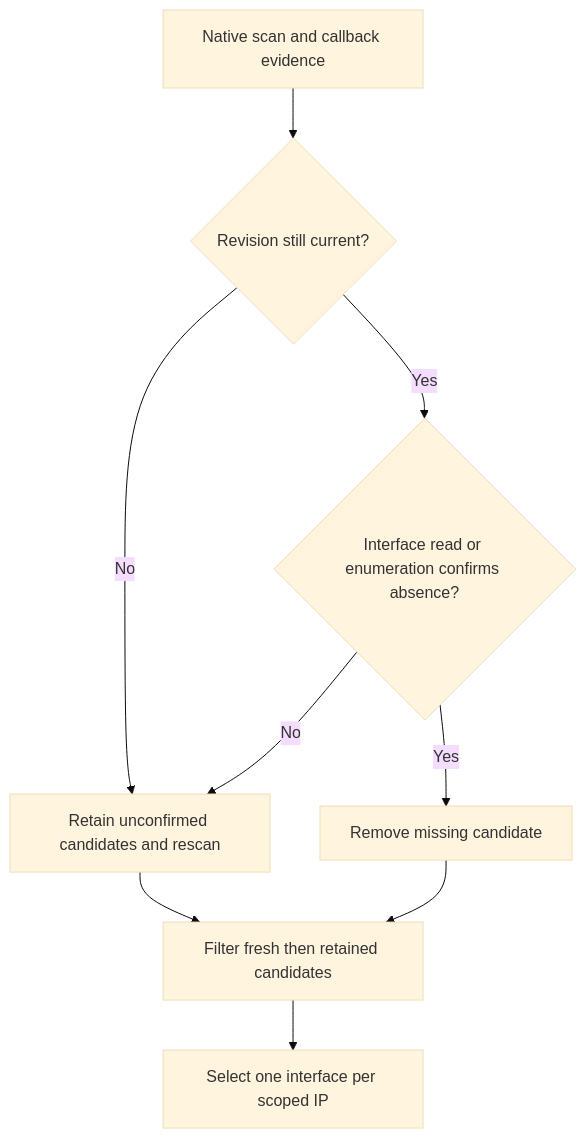
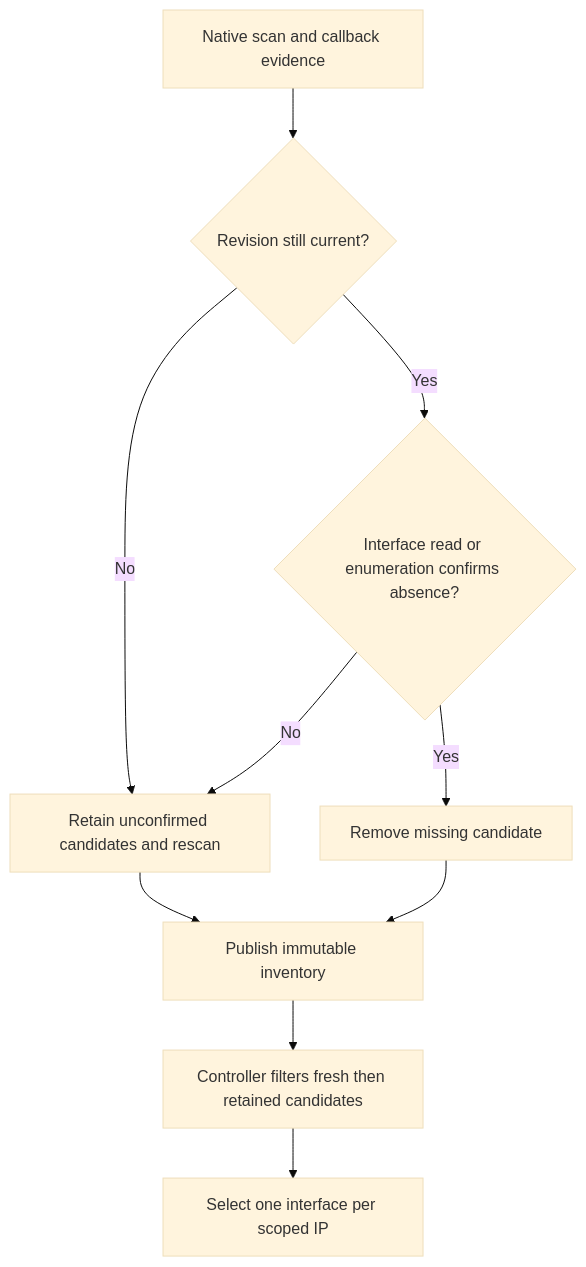
The diagram in mjpeg2/internal/02-configuration/network-addresses.md (dkrivoruchko/ScreenStream), drawn with Mermaid (base theme) before and after one commit. The commit also changed other lines of this file and 311 other files, not shown here.

````diff
--- a/mjpeg2/internal/02-configuration/network-addresses.md
+++ b/mjpeg2/internal/02-configuration/network-addresses.md
@@ -39,11 +42,12 @@
 ```mermaid
 flowchart TD
     S[Native scan and callback evidence] --> R{Revision still current?}
     R -->|No| K[Retain unconfirmed candidates and rescan]
     R -->|Yes| I{Interface read or enumeration confirms absence?}
     I -->|No| K
     I -->|Yes| D[Remove missing candidate]
-    K --> F[Filter fresh then retained candidates]
-    D --> F
+    K --> N[Publish immutable inventory]
+    D --> N
+    N --> F[Controller filters fresh then retained candidates]
     F --> P[Select one interface per scoped IP]
 ```
````
